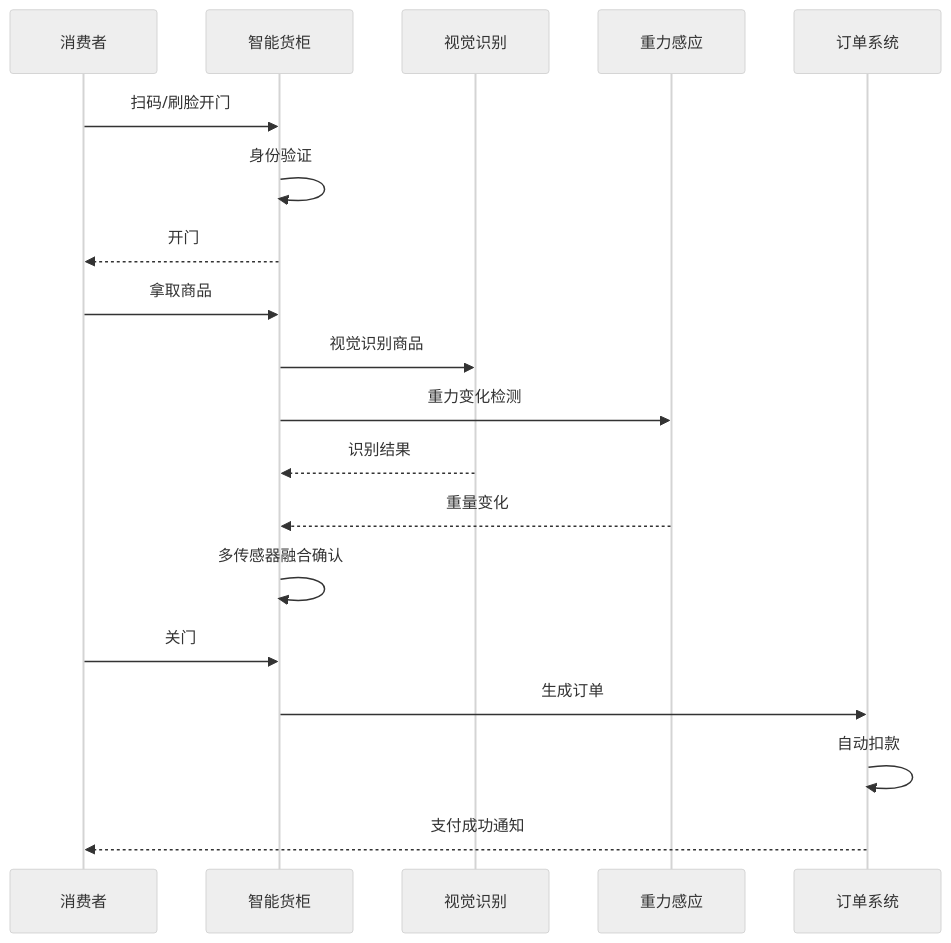
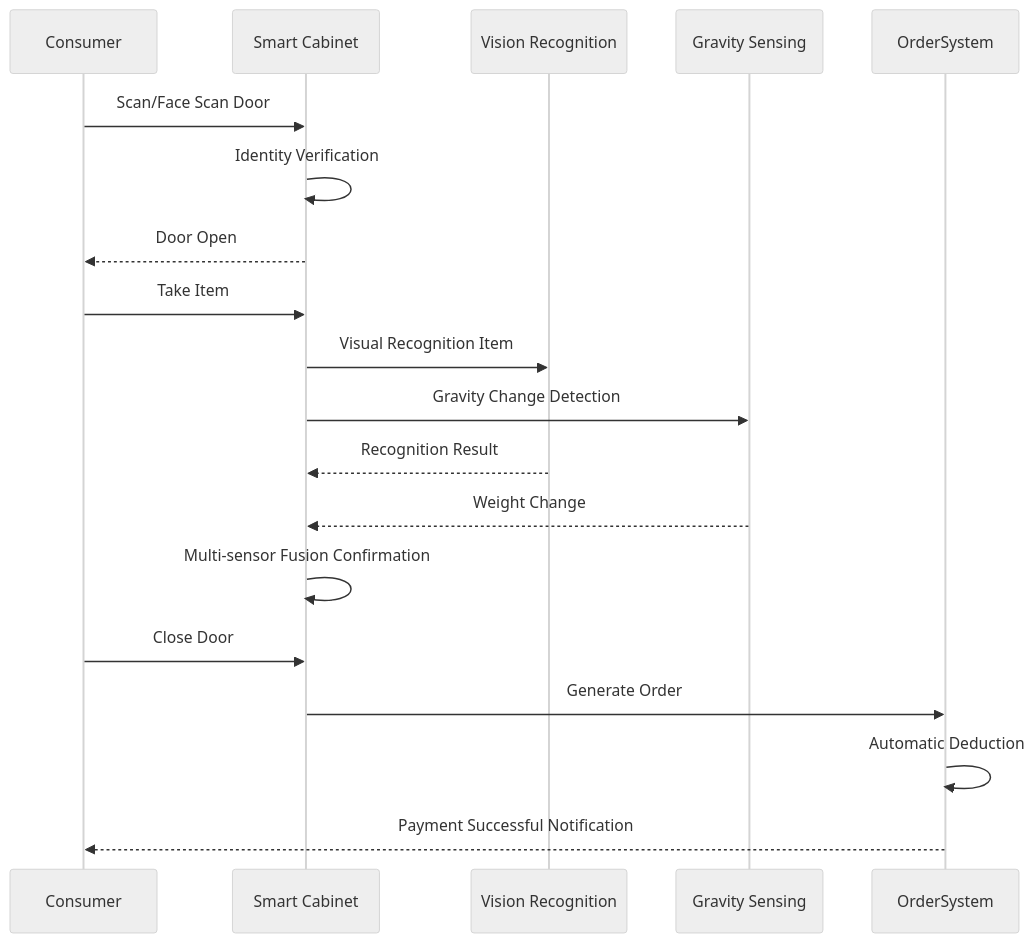
Before and after one commit to teaglebuilt/knowledge-tree: the second of 3 diagrams in tree/application/architecture/unmanned-retail.md, drawn with Mermaid (neutral theme). The commit also changed other lines of this file and 7 other files, not shown here.

````diff
--- a/tree/application/architecture/unmanned-retail.md
+++ b/tree/application/architecture/unmanned-retail.md
@@ -122,22 +122,22 @@
 ```mermaid
 sequenceDiagram
-    participant USER as 消费者
-    participant DEVICE as 智能货柜
-    participant VISION as 视觉识别
-    participant WEIGHT as 重力感应
-    participant ORDER as 订单系统
+    participant USER as Consumer
+    participant DEVICE as Smart Cabinet
+    participant VISION as Vision Recognition
+    participant WEIGHT as Gravity Sensing
+    participant ORDER as OrderSystem
 
-    USER->>DEVICE: 扫码/刷脸开门
-    DEVICE->>DEVICE: 身份验证
-    DEVICE-->>USER: 开门
-    USER->>DEVICE: 拿取商品
-    DEVICE->>VISION: 视觉识别商品
-    DEVICE->>WEIGHT: 重力变化检测
-    VISION-->>DEVICE: 识别结果
-    WEIGHT-->>DEVICE: 重量变化
-    DEVICE->>DEVICE: 多传感器融合确认
-    USER->>DEVICE: 关门
-    DEVICE->>ORDER: 生成订单
-    ORDER->>ORDER: 自动扣款
-    ORDER-->>USER: 支付成功通知
+    USER->>DEVICE: Scan/Face Scan Door
+    DEVICE->>DEVICE: Identity Verification
+    DEVICE-->>USER: Door Open
+    USER->>DEVICE: Take Item
+    DEVICE->>VISION: Visual Recognition Item
+    DEVICE->>WEIGHT: Gravity Change Detection
+    VISION-->>DEVICE: Recognition Result
+    WEIGHT-->>DEVICE: Weight Change
+    DEVICE->>DEVICE: Multi-sensor Fusion Confirmation
+    USER->>DEVICE: Close Door
+    DEVICE->>ORDER: Generate Order
+    ORDER->>ORDER: Automatic Deduction
+    ORDER-->>USER: Payment Successful Notification
 ```
````
